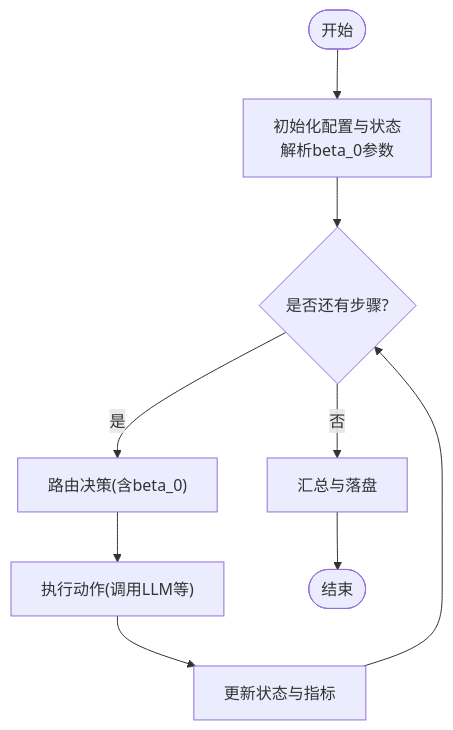
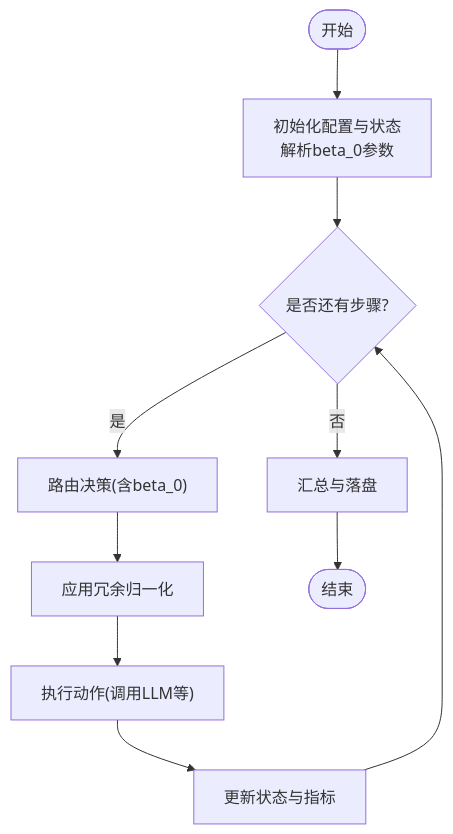
One commit to QuStarry/VIB-SparseCommunication changed the fourth of 6 diagrams in .qoder/repowiki/zh/content/核心架构/实验框架/大规模集群实验.md. Above: the diagram before and after it, drawn with Mermaid. The commit also changed other lines of this file and 32 other files, not shown here.

````diff
--- a/.qoder/repowiki/zh/content/核心架构/实验框架/大规模集群实验.md
+++ b/.qoder/repowiki/zh/content/核心架构/实验框架/大规模集群实验.md
@@ -207,11 +217,12 @@
 ```mermaid
 flowchart TD
 Start(["开始"]) --> Init["初始化配置与状态<br/>解析beta_0参数"]
 Init --> Loop{"是否还有步骤?"}
 Loop --> |是| Decide["路由决策(含beta_0)"]
-Decide --> Execute["执行动作(调用LLM等)"]
+Decide --> Normalize["应用冗余归一化"]
+Normalize --> Execute["执行动作(调用LLM等)"]
 Execute --> UpdateState["更新状态与指标"]
 UpdateState --> Loop
 Loop --> |否| Finalize["汇总与落盘"]
 Finalize --> End(["结束"])
 ```
````
